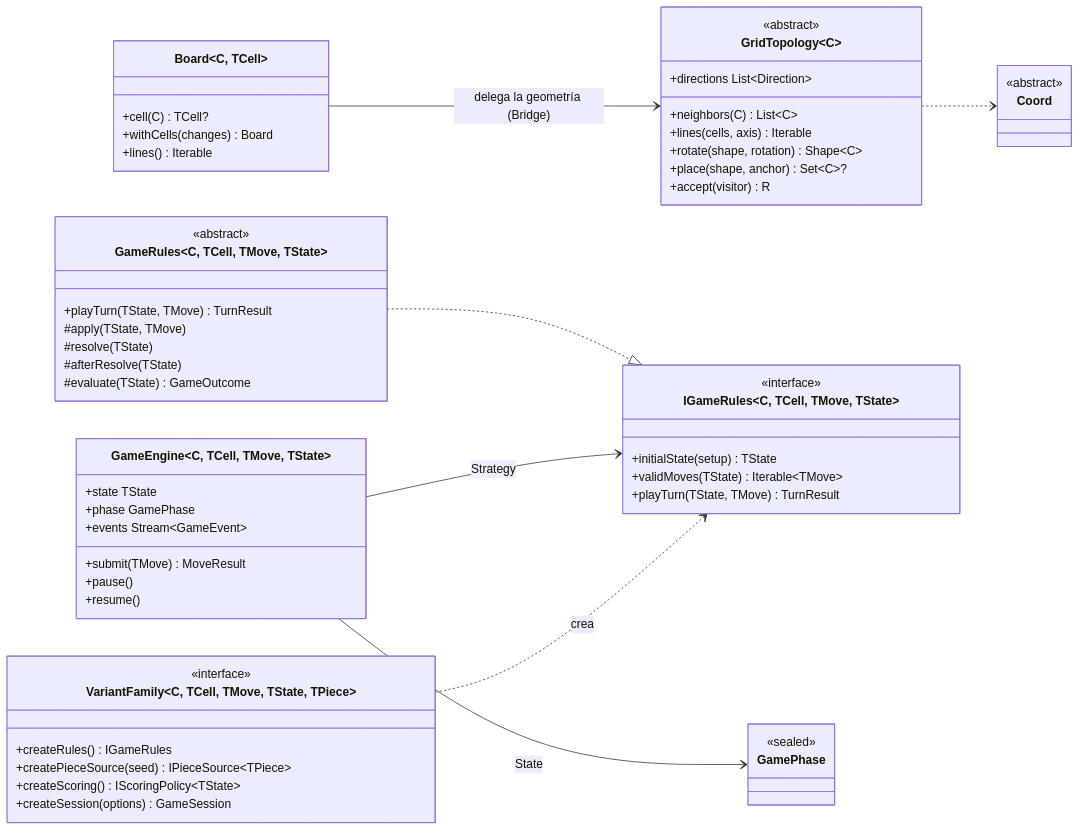
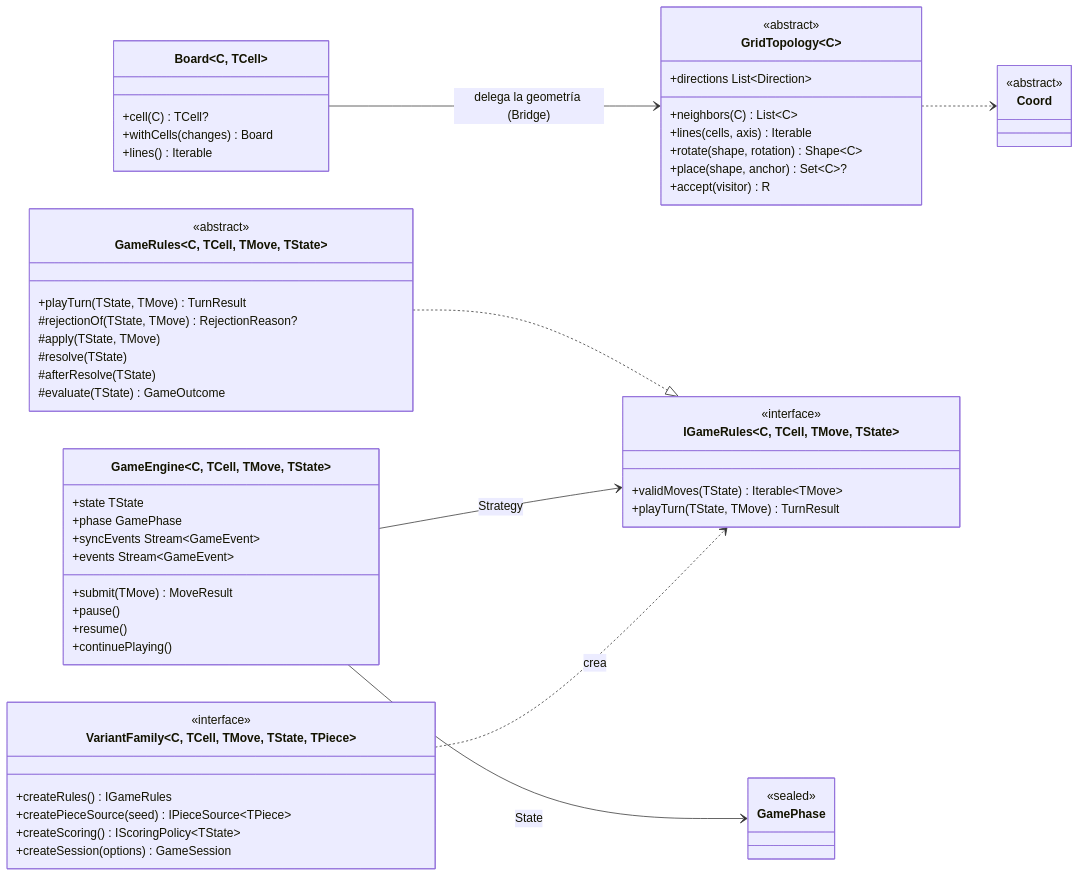
The first of 2 diagrams in docs/architecture/ARQ-02-MOTOR.md (DanielHaro28/hexablock-app), drawn with Mermaid before and after one commit. The commit also changed other lines of this file and 24 other files, not shown here.

First line of the commit message:
feat(engine): add the turn cycle, game phases, events and engine (#102)

````diff
--- a/docs/architecture/ARQ-02-MOTOR.md
+++ b/docs/architecture/ARQ-02-MOTOR.md
@@ -55,59 +57,61 @@
 ```mermaid
 classDiagram
     direction LR
     class Coord {
       <<abstract>>
     }
     class GridTopology~C~ {
       <<abstract>>
       +neighbors(C) List~C~
       +lines(cells, axis) Iterable
       +directions List~Direction~
       +rotate(shape, rotation) Shape~C~
       +place(shape, anchor) Set~C~?
       +accept(visitor) R
     }
     class Board~C, TCell~ {
       +cell(C) TCell?
       +withCells(changes) Board
       +lines() Iterable
     }
     class IGameRules~C, TCell, TMove, TState~ {
       <<interface>>
-      +initialState(setup) TState
       +validMoves(TState) Iterable~TMove~
       +playTurn(TState, TMove) TurnResult
     }
     class GameRules~C, TCell, TMove, TState~ {
       <<abstract>>
       +playTurn(TState, TMove) TurnResult
+      #rejectionOf(TState, TMove) RejectionReason?
       #apply(TState, TMove)
       #resolve(TState)
       #afterResolve(TState)
       #evaluate(TState) GameOutcome
     }
     class GameEngine~C, TCell, TMove, TState~ {
       +state TState
       +phase GamePhase
+      +syncEvents Stream~GameEvent~
       +events Stream~GameEvent~
       +submit(TMove) MoveResult
       +pause()
       +resume()
+      +continuePlaying()
     }
     class GamePhase {
       <<sealed>>
     }
     class VariantFamily~C, TCell, TMove, TState, TPiece~ {
       <<interface>>
       +createRules() IGameRules
       +createPieceSource(seed) IPieceSource~TPiece~
       +createScoring() IScoringPolicy~TState~
       +createSession(options) GameSession
     }
     Board --> GridTopology : delega la geometría (Bridge)
     GridTopology ..> Coord
     GameRules ..|> IGameRules
     GameEngine --> IGameRules : Strategy
     GameEngine --> GamePhase : State
     VariantFamily ..> IGameRules : crea
 ```
````
